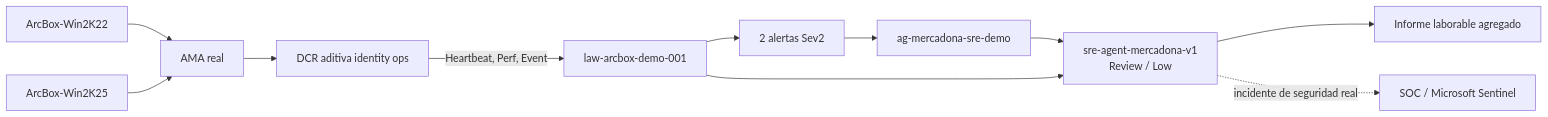
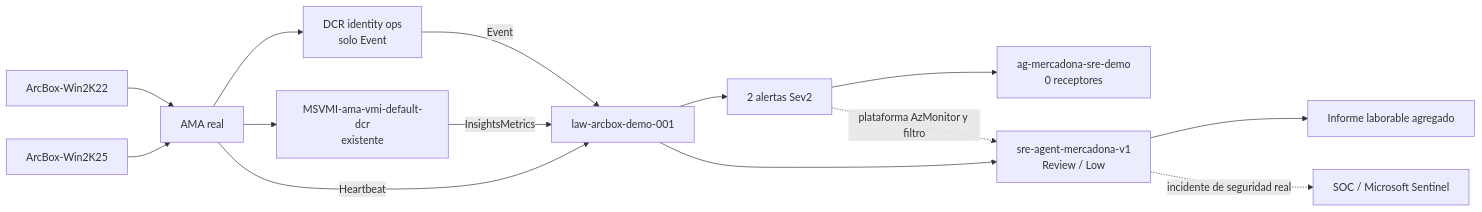
The diagram in docs/arquitectura-identidad-arc.md (marioaguileraaa/mercadona-sre-agent-demo), drawn with Mermaid before and after one commit. The commit also changed other lines of this file and 12 other files, not shown here.

First line of the commit message:
fix: reuse existing Arc VM Insights metrics

````diff
--- a/docs/arquitectura-identidad-arc.md
+++ b/docs/arquitectura-identidad-arc.md
@@ -51,24 +51,28 @@
 ```mermaid
 flowchart LR
   Host1[ArcBox-Win2K22]
   Host2[ArcBox-Win2K25]
   AMA[AMA real]
-  DCR[DCR aditiva identity ops]
+  IdentityDCR[DCR identity ops<br/>solo Event]
+  VmiDCR[MSVMI-ama-vmi-default-dcr<br/>existente]
   LAW[law-arcbox-demo-001]
   Alerts[2 alertas Sev2]
-  AG[ag-mercadona-sre-demo]
+  AG[ag-mercadona-sre-demo<br/>0 receptores]
   Agent[sre-agent-mercadona-v1<br/>Review / Low]
   Report[Informe laborable agregado]
   SOC[SOC / Microsoft Sentinel]
 
   Host1 --> AMA
   Host2 --> AMA
-  AMA --> DCR
-  DCR -->|Heartbeat, Perf, Event| LAW
+  AMA --> IdentityDCR
+  AMA --> VmiDCR
+  IdentityDCR -->|Event| LAW
+  VmiDCR -->|InsightsMetrics| LAW
+  AMA -->|Heartbeat| LAW
   LAW --> Alerts
   Alerts --> AG
-  AG --> Agent
+  Alerts -. plataforma AzMonitor y filtro .-> Agent
   LAW --> Agent
   Agent --> Report
   Agent -. incidente de seguridad real .-> SOC
 ```
````
